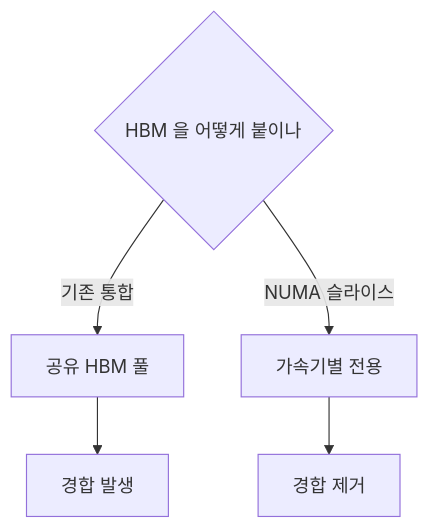
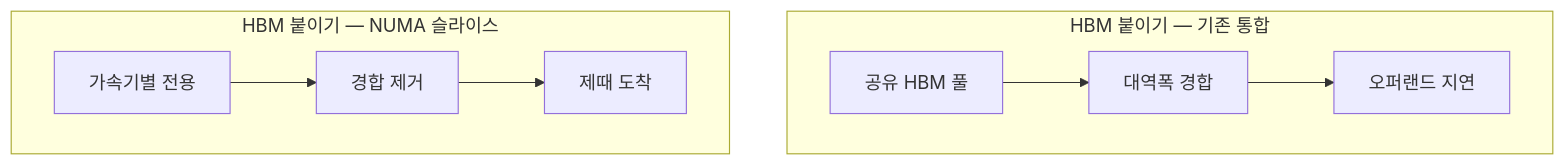
The fifth of 10 diagrams in insights/frames/exp/2026-08-27-openai-jalapeno-tech-opus.md (yohan4477/semi-report), drawn with Mermaid before and after one commit. The commit also changed other lines of this file and 4 other files, not shown here.

````diff
--- a/insights/frames/exp/2026-08-27-openai-jalapeno-tech-opus.md
+++ b/insights/frames/exp/2026-08-27-openai-jalapeno-tech-opus.md
@@ -142,8 +142,11 @@
 ```mermaid
 flowchart TD
-    R{"HBM 을 어떻게 붙이나"}
-    R -->|기존 통합| X1["공유 HBM 풀"]
-    X1 --> X2["경합 발생"]
-    R -->|NUMA 슬라이스| Y1["가속기별 전용"]
-    Y1 --> Y2["경합 제거"]
+    subgraph X["HBM 붙이기 — 기존 통합"]
+        X1["공유 HBM 풀"] --> X2["대역폭 경합"]
+        X2 --> X3["오퍼랜드 지연"]
+    end
+    subgraph Y["HBM 붙이기 — NUMA 슬라이스"]
+        Y1["가속기별 전용"] --> Y2["경합 제거"]
+        Y2 --> Y3["제때 도착"]
+    end
 ```
````
